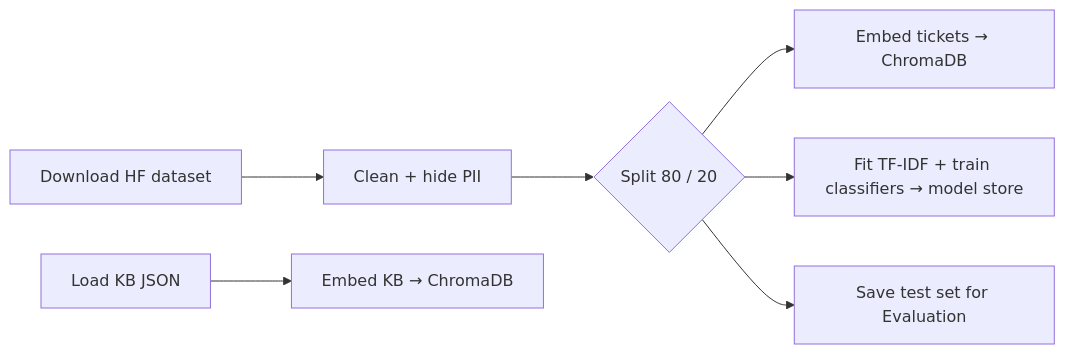
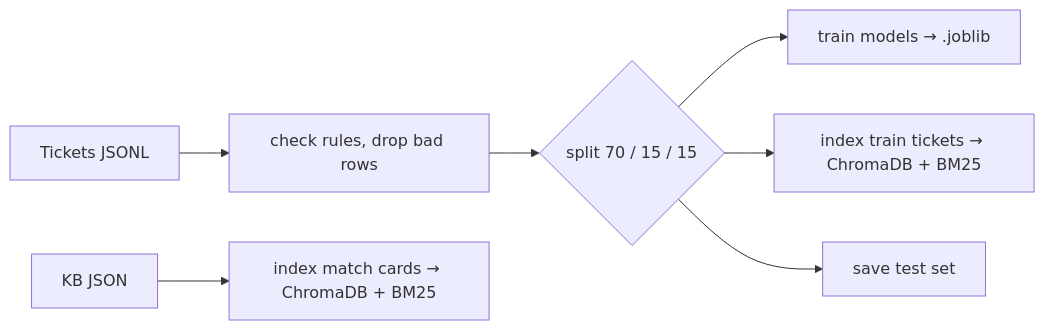
The fifth of 7 diagrams in Docs/HLD.md (groov33/HCLTech_RAGsToRiches), drawn with Mermaid before and after one commit. The commit also changed other lines of this file and 21 other files, not shown here.

````diff
--- a/Docs/HLD.md
+++ b/Docs/HLD.md
@@ -163,9 +244,9 @@
 ```mermaid
 flowchart LR
-    A["Download HF dataset"] --> B["Clean + hide PII"]
-    B --> C{"Split 80 / 20"}
-    C --> D["Embed tickets → ChromaDB"]
-    E["Load KB JSON"] --> F["Embed KB → ChromaDB"]
-    C --> G["Fit TF-IDF + train classifiers → model store"]
-    C --> H["Save test set for Evaluation"]
+    A["Tickets JSONL"] --> B["check rules, drop bad rows"]
+    B --> C{"split 70 / 15 / 15"}
+    C --> D["train models → .joblib"]
+    C --> E["index train tickets → ChromaDB + BM25"]
+    C --> F["save test set"]
+    K["KB JSON"] --> G["index match cards → ChromaDB + BM25"]
 ```
````
